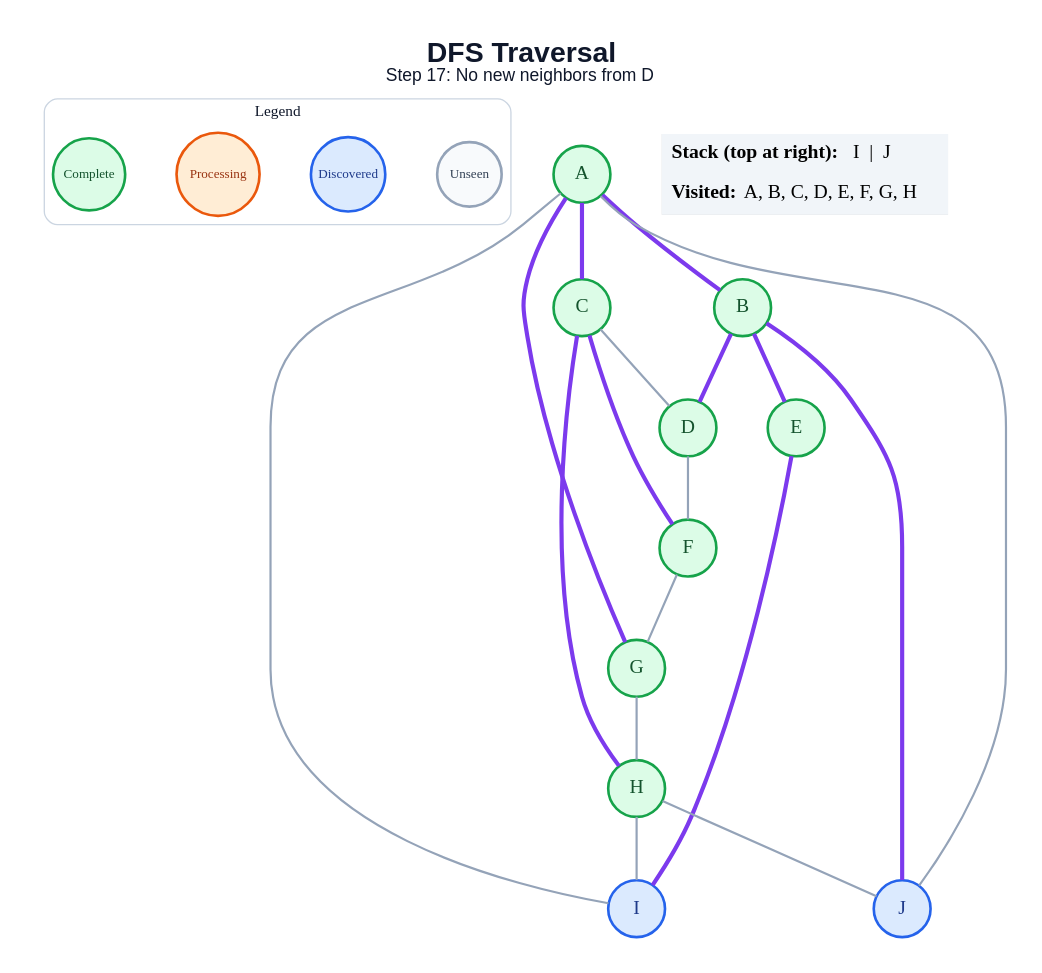
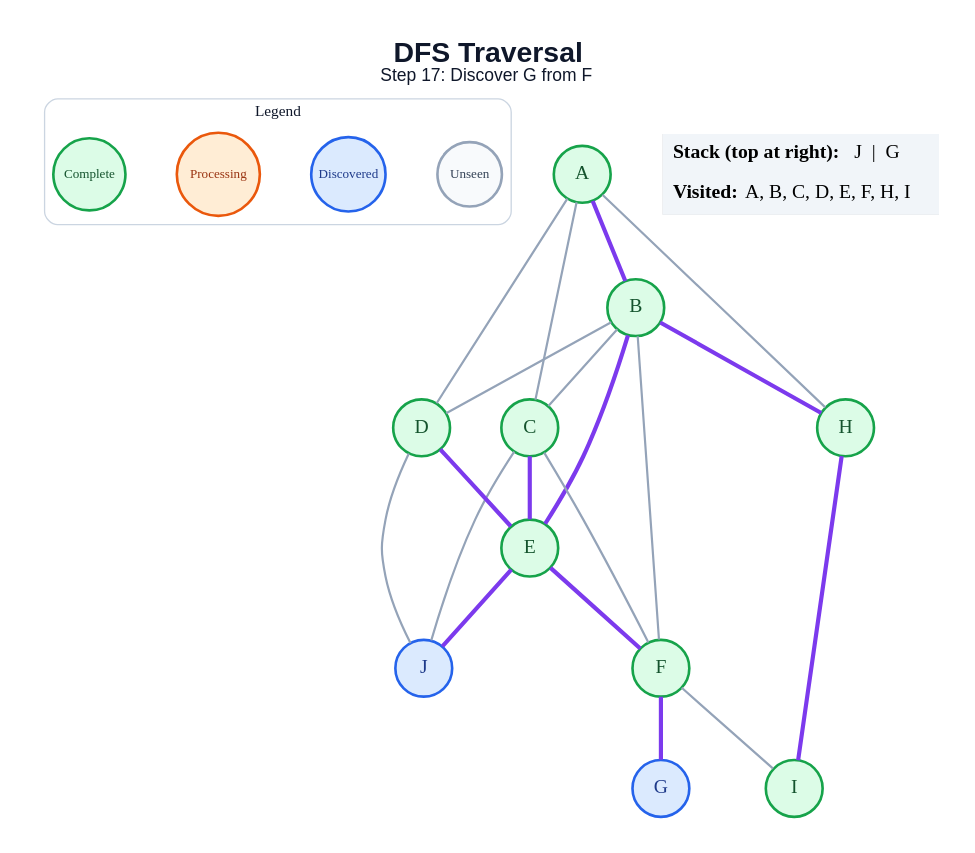
One commit to amanghodawala9/ai-slop changed the diagram in generated/specific-node/dfs/step_17.dot. Above: the diagram before and after it, drawn with Graphviz. The commit also changed 178 other files, not shown here.

```diff
--- a/generated/specific-node/dfs/step_17.dot
+++ b/generated/specific-node/dfs/step_17.dot
@@ -1,46 +1,48 @@
 graph traversal {
   graph [layout=dot, rankdir=TB, bgcolor="#FFFFFF", pad="0.35", nodesep="0.65", ranksep="0.8", fontname="Arial"];
   node [shape=circle, style="filled", fontname="Arial Bold", fontsize=18, width=0.72, fixedsize=true, penwidth=2.4];
   edge [color="#94A3B8", penwidth=2.0];
-  label=<<B>DFS Traversal</B><BR/><FONT POINT-SIZE="16">Step 17: No new neighbors from D</FONT>>; labelloc="t"; fontsize=26; fontname="Arial"; fontcolor="#0F172A";
+  label=<<B>DFS Traversal</B><BR/><FONT POINT-SIZE="16">Step 17: Discover G from F</FONT>>; labelloc="t"; fontsize=26; fontname="Arial"; fontcolor="#0F172A";
   subgraph cluster_legend { label="Legend"; color="#CBD5E1"; penwidth=1.2; style="rounded"; fontsize=14; fontname="Arial Bold";
     key_unseen [label="Unseen", fillcolor="#F8FAFC", color="#94A3B8", fontcolor="#334155", fontsize=12, width=0.82];
     key_frontier [label="Discovered", fillcolor="#DBEAFE", color="#2563EB", fontcolor="#1E3A8A", fontsize=12, width=0.95];
     key_current [label="Processing", fillcolor="#FFEDD5", color="#EA580C", fontcolor="#9A3412", fontsize=12, width=1.05];
     key_done [label="Complete", fillcolor="#DCFCE7", color="#16A34A", fontcolor="#14532D", fontsize=12, width=0.92];
     { rank=same; key_unseen; key_frontier; key_current; key_done; }
   }
   A [fillcolor="#DCFCE7", color="#16A34A", fontcolor="#14532D"];
   B [fillcolor="#DCFCE7", color="#16A34A", fontcolor="#14532D"];
   C [fillcolor="#DCFCE7", color="#16A34A", fontcolor="#14532D"];
   D [fillcolor="#DCFCE7", color="#16A34A", fontcolor="#14532D"];
   E [fillcolor="#DCFCE7", color="#16A34A", fontcolor="#14532D"];
   F [fillcolor="#DCFCE7", color="#16A34A", fontcolor="#14532D"];
-  G [fillcolor="#DCFCE7", color="#16A34A", fontcolor="#14532D"];
+  G [fillcolor="#DBEAFE", color="#2563EB", fontcolor="#1E3A8A"];
   H [fillcolor="#DCFCE7", color="#16A34A", fontcolor="#14532D"];
-  I [fillcolor="#DBEAFE", color="#2563EB", fontcolor="#1E3A8A"];
+  I [fillcolor="#DCFCE7", color="#16A34A", fontcolor="#14532D"];
   J [fillcolor="#DBEAFE", color="#2563EB", fontcolor="#1E3A8A"];
   A -- B [color="#7C3AED", penwidth=3.8];
-  A -- C [color="#7C3AED", penwidth=3.8];
-  A -- G [color="#7C3AED", penwidth=3.8];
-  A -- I;
-  A -- J;
-  B -- D [color="#7C3AED", penwidth=3.8];
+  A -- C;
+  A -- D;
+  A -- H;
+  B -- C;
+  B -- D;
   B -- E [color="#7C3AED", penwidth=3.8];
-  B -- J [color="#7C3AED", penwidth=3.8];
-  C -- D;
-  C -- F [color="#7C3AED", penwidth=3.8];
-  C -- H [color="#7C3AED", penwidth=3.8];
-  D -- F;
-  E -- I [color="#7C3AED", penwidth=3.8];
-  F -- G;
-  G -- H;
-  H -- I;
-  H -- J;
+  B -- F;
+  B -- H [color="#7C3AED", penwidth=3.8];
+  C -- E [color="#7C3AED", penwidth=3.8];
+  C -- F;
+  C -- J;
+  D -- E [color="#7C3AED", penwidth=3.8];
+  D -- J;
+  E -- F [color="#7C3AED", penwidth=3.8];
+  E -- J [color="#7C3AED", penwidth=3.8];
+  F -- G [color="#7C3AED", penwidth=3.8];
+  F -- I;
+  H -- I [color="#7C3AED", penwidth=3.8];
   status [shape=plain, fixedsize=false, width=0, height=0, margin=0, label=<
     <TABLE BORDER="0" CELLBORDER="0" CELLPADDING="7" BGCOLOR="#F1F5F9">
-      <TR><TD ALIGN="LEFT"><B>Stack (top at right):</B> I  |  J</TD></TR>
-      <TR><TD ALIGN="LEFT"><B>Visited:</B> A, B, C, D, E, F, G, H</TD></TR>
+      <TR><TD ALIGN="LEFT"><B>Stack (top at right):</B> J  |  G</TD></TR>
+      <TR><TD ALIGN="LEFT"><B>Visited:</B> A, B, C, D, E, F, H, I</TD></TR>
     </TABLE>
   >];
 }
```
